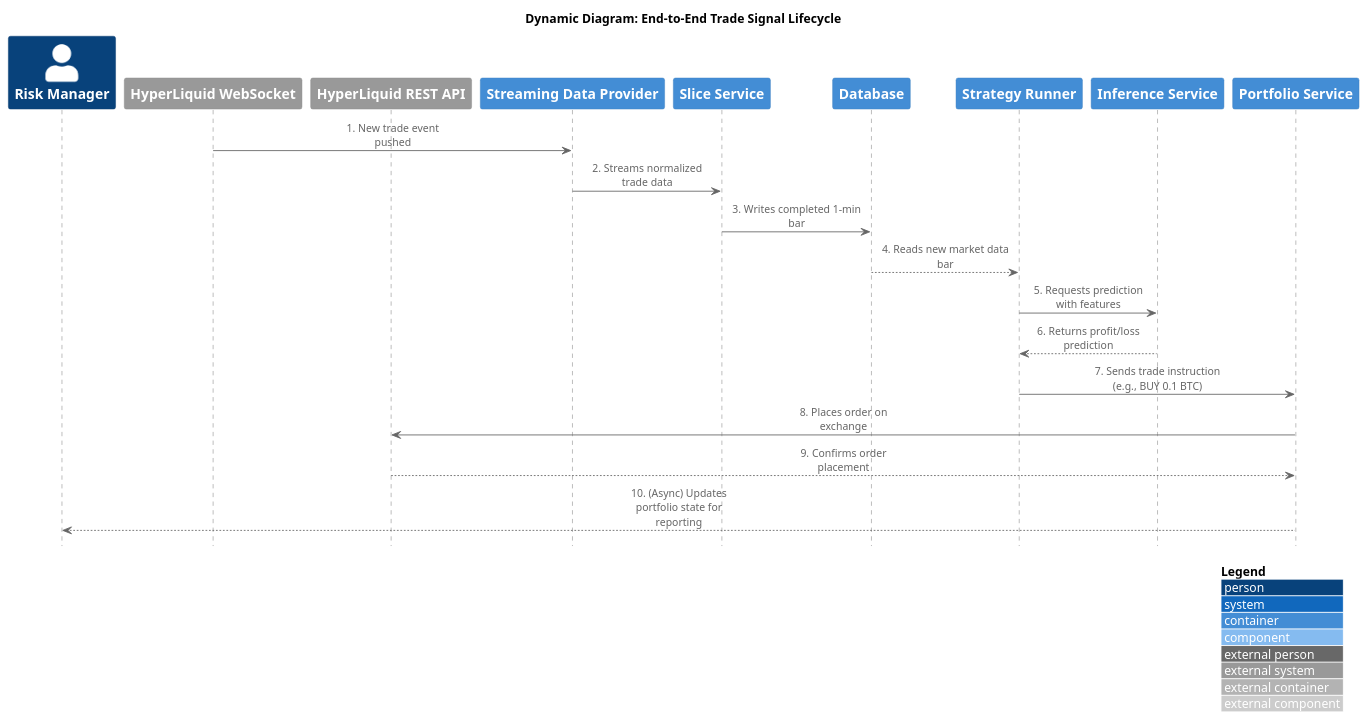
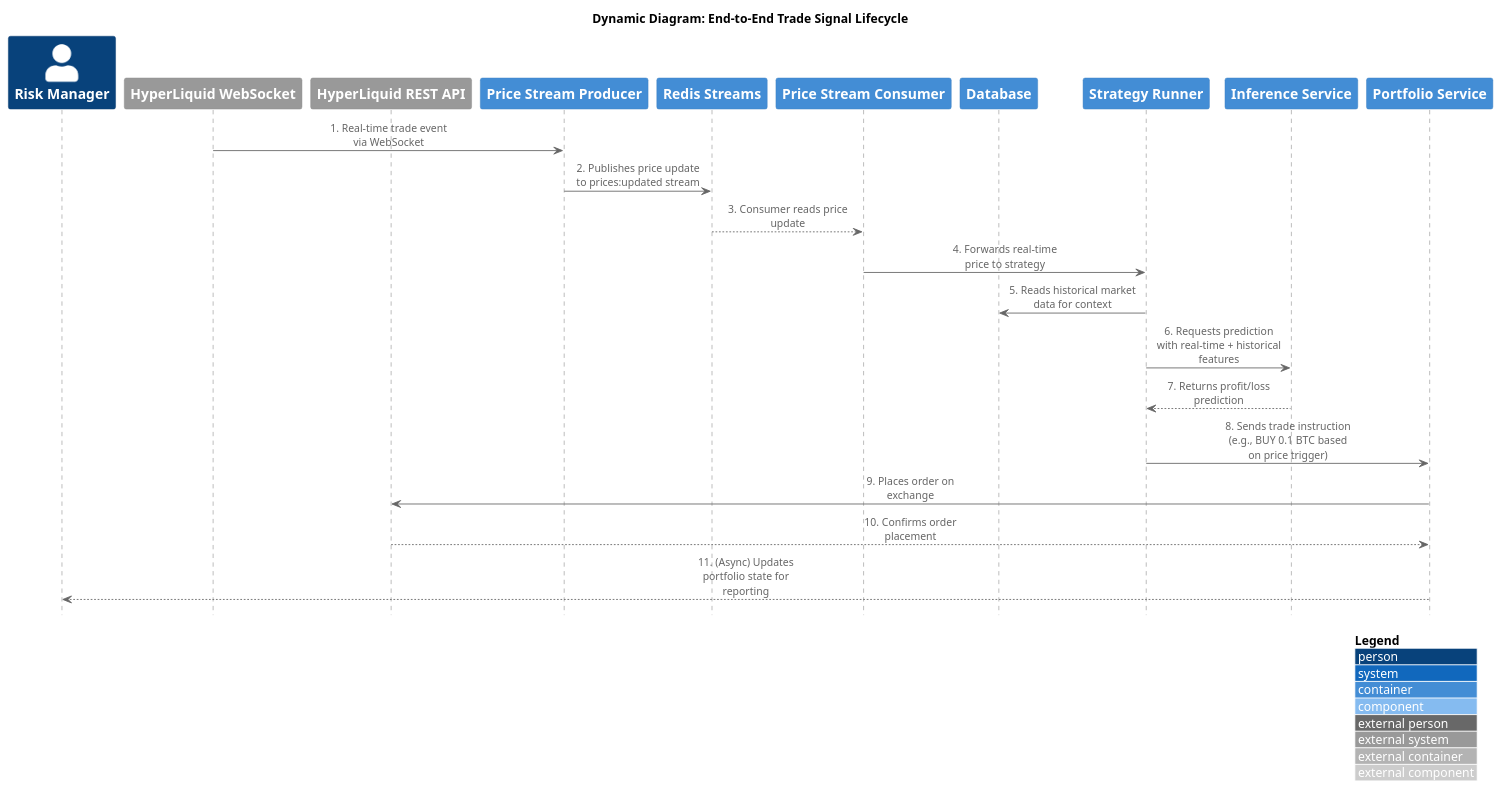
The diagram in docs/arch/dynamic-trade-lifecycle.puml (tttrisagion/3T), drawn with PlantUML before and after one commit. The commit also changed 36 other files, not shown here.

Commit message:
implemented streaming prices and price static price range calculator task

```diff
--- a/docs/arch/dynamic-trade-lifecycle.puml
+++ b/docs/arch/dynamic-trade-lifecycle.puml
@@ -1,30 +1,32 @@
 @startuml Trade Signal Lifecycle
 !include <C4/C4_Sequence.puml>
 
 LAYOUT_WITH_LEGEND()
 
 title Dynamic Diagram: End-to-End Trade Signal Lifecycle
 
 Person(risk_manager, "Risk Manager")
 System_Ext(hyperliquid_ws, "HyperLiquid WebSocket")
 System_Ext(hyperliquid_api, "HyperLiquid REST API")
 
-Container(streaming_provider, "Streaming Data Provider")
-Container(slicer, "Slice Service")
+Container(price_stream_producer, "Price Stream Producer")
+ContainerDb(redis_streams, "Redis Streams")
+Container(price_stream_consumer, "Price Stream Consumer")
 ContainerDb(db, "Database")
 Container(strategy_runner, "Strategy Runner")
 Container(inference_service, "Inference Service")
 Container(portfolio_service, "Portfolio Service")
 
-hyperliquid_ws -> streaming_provider: 1. New trade event pushed
-streaming_provider -> slicer: 2. Streams normalized trade data
-slicer -> db: 3. Writes completed 1-min bar
-db --> strategy_runner: 4. Reads new market data bar
-strategy_runner -> inference_service: 5. Requests prediction with features
-inference_service --> strategy_runner: 6. Returns profit/loss prediction
-strategy_runner -> portfolio_service: 7. Sends trade instruction (e.g., BUY 0.1 BTC)
-portfolio_service -> hyperliquid_api: 8. Places order on exchange
-hyperliquid_api --> portfolio_service: 9. Confirms order placement
-portfolio_service --> risk_manager: 10. (Async) Updates portfolio state for reporting
+hyperliquid_ws -> price_stream_producer: 1. Real-time trade event via WebSocket
+price_stream_producer -> redis_streams: 2. Publishes price update to prices:updated stream
+redis_streams --> price_stream_consumer: 3. Consumer reads price update
+price_stream_consumer -> strategy_runner: 4. Forwards real-time price to strategy
+strategy_runner -> db: 5. Reads historical market data for context
+strategy_runner -> inference_service: 6. Requests prediction with real-time + historical features
+inference_service --> strategy_runner: 7. Returns profit/loss prediction
+strategy_runner -> portfolio_service: 8. Sends trade instruction (e.g., BUY 0.1 BTC based on price trigger)
+portfolio_service -> hyperliquid_api: 9. Places order on exchange
+hyperliquid_api --> portfolio_service: 10. Confirms order placement
+portfolio_service --> risk_manager: 11. (Async) Updates portfolio state for reporting
 
 @enduml
```
